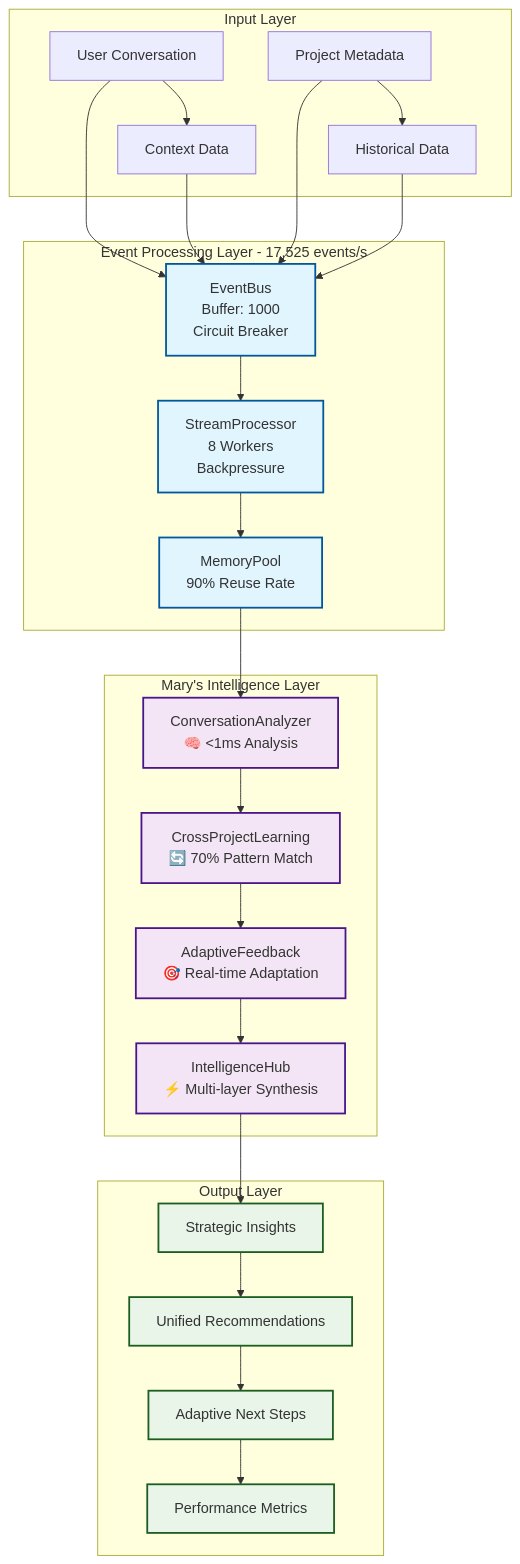
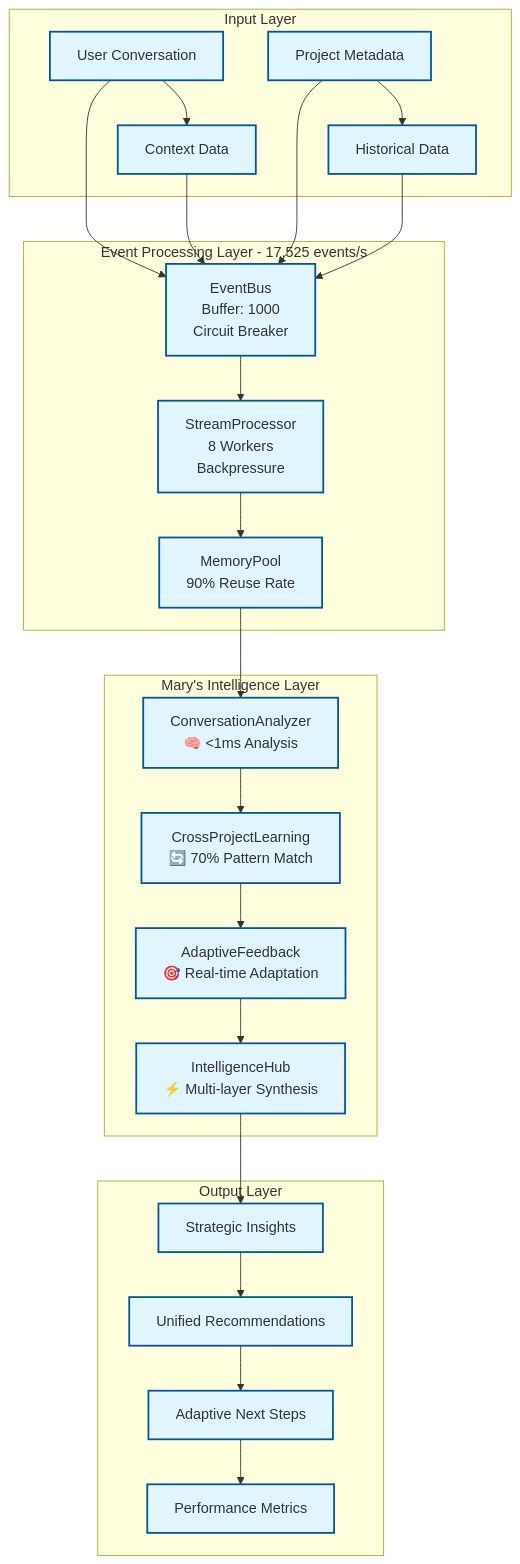
One commit to Habdel-Edenfield/microbioma-digital changed the third of 3 diagrams in README.md. Above: the diagram before and after it, drawn with Mermaid.

Commit message:
Update README.md
README-V2

````diff
--- a/README.md
+++ b/README.md
@@ -337,40 +337,38 @@
 ```mermaid
 flowchart TD
     subgraph "Input Layer"
         I1[User Conversation] --> I2[Context Data]
         I3[Project Metadata] --> I4[Historical Data]
     end
     
     subgraph "Event Processing Layer - 17,525 events/s"
         E1[EventBus<br/>Buffer: 1000<br/>Circuit Breaker] --> E2[StreamProcessor<br/>8 Workers<br/>Backpressure]
         E2 --> E3[MemoryPool<br/>90% Reuse Rate]
     end
     
     subgraph "Mary's Intelligence Layer"
         M1[ConversationAnalyzer<br/>🧠 <1ms Analysis] --> M2[CrossProjectLearning<br/>🔄 70% Pattern Match]
         M2 --> M3[AdaptiveFeedback<br/>🎯 Real-time Adaptation]
         M3 --> M4[IntelligenceHub<br/>⚡ Multi-layer Synthesis]
     end
     
     subgraph "Output Layer"
         O1[Strategic Insights] --> O2[Unified Recommendations]
         O2 --> O3[Adaptive Next Steps]
         O3 --> O4[Performance Metrics]
     end
     
     I1 --> E1
     I2 --> E1
     I3 --> E1
     I4 --> E1
     
     E3 --> M1
     M4 --> O1
     
-    classDef performance fill:#e1f5fe,stroke:#01579b,stroke-width:2px
-    classDef intelligence fill:#f3e5f5,stroke:#4a148c,stroke-width:2px
-    classDef output fill:#e8f5e8,stroke:#1b5e20,stroke-width:2px
+    %% 🔵 Definição única de estilo
+    classDef default fill:#e1f5fe,stroke:#01579b,stroke-width:2px
     
-    class E1,E2,E3 performance
-    class M1,M2,M3,M4 intelligence
-    class O1,O2,O3,O4 output
+    %% 🔵 Aplica para todos
+    class I1,I2,I3,I4,E1,E2,E3,M1,M2,M3,M4,O1,O2,O3,O4 default
 ```
````
